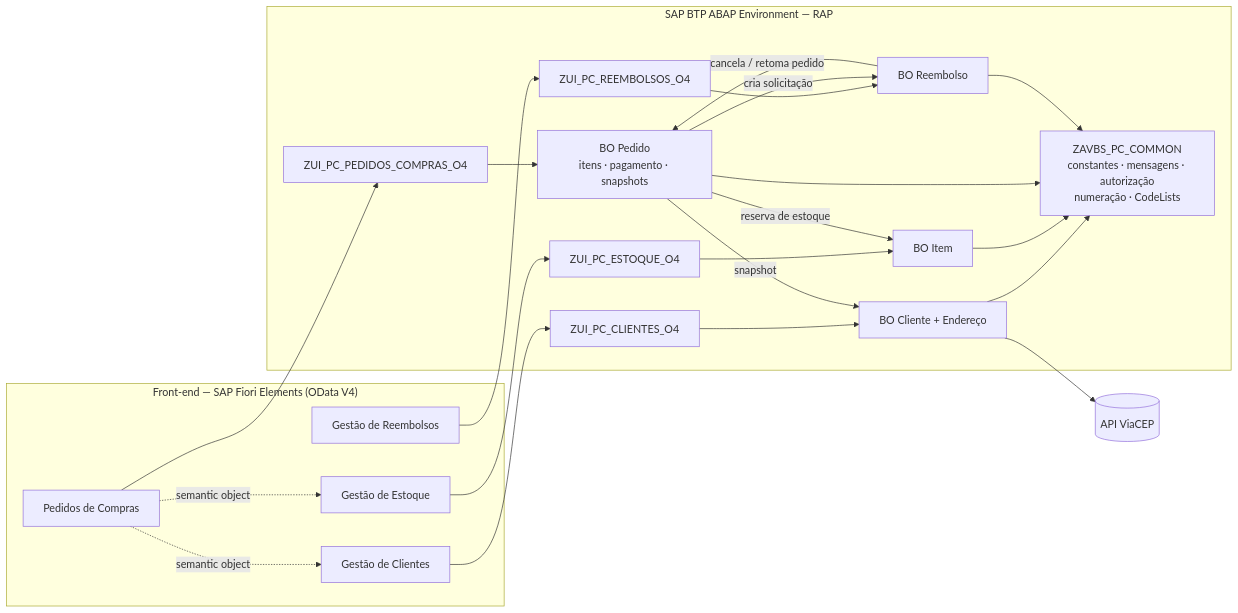
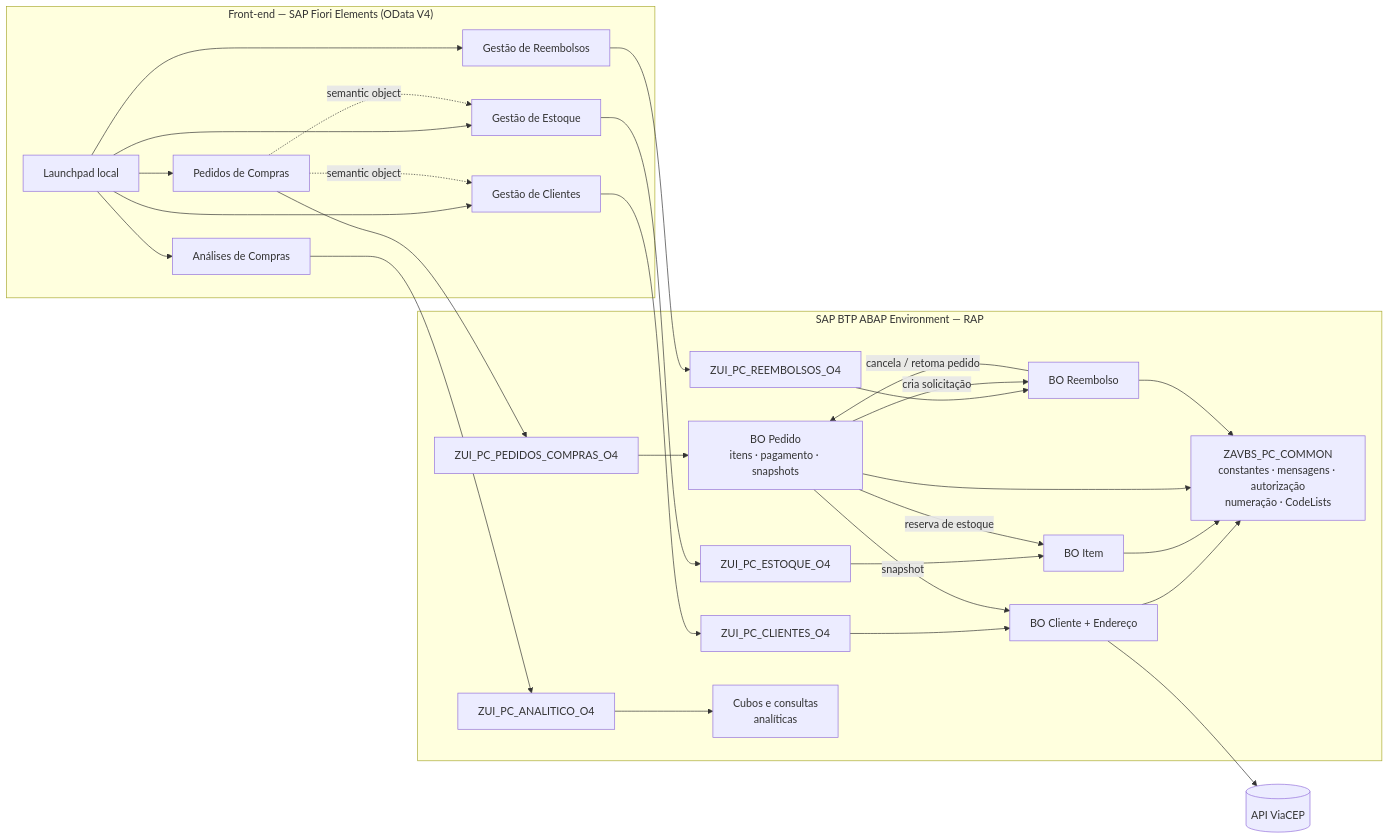
The first of 3 diagrams in README.md (AdrianoBispo/sap-abap-rap-pedidos-de-compras-app), drawn with Mermaid before and after one commit. The commit also changed other lines of this file and 9 other files, not shown here.

Commit message:
docs: capturas de tela das apps e documentação do launchpad local

````diff
--- a/README.md
+++ b/README.md
@@ -164,33 +169,38 @@
 ```mermaid
 flowchart LR
     subgraph UI["Front-end — SAP Fiori Elements (OData V4)"]
+        FLP["Launchpad local"]
         APPC["Gestão de Clientes"]
         APPE["Gestão de Estoque"]
         APPP["Pedidos de Compras"]
         APPR["Gestão de Reembolsos"]
+        APPA["Análises de Compras"]
     end
 
     subgraph BTP["SAP BTP ABAP Environment — RAP"]
         SC["ZUI_PC_CLIENTES_O4"] --> BOC["BO Cliente + Endereço"]
         SE["ZUI_PC_ESTOQUE_O4"] --> BOI["BO Item"]
         SP["ZUI_PC_PEDIDOS_COMPRAS_O4"] --> BOP["BO Pedido<br/>itens · pagamento · snapshots"]
         SR["ZUI_PC_REEMBOLSOS_O4"] --> BOR["BO Reembolso"]
+        SA["ZUI_PC_ANALITICO_O4"] --> CUB["Cubos e consultas<br/>analíticas"]
         COMMON["ZAVBS_PC_COMMON<br/>constantes · mensagens · autorização<br/>numeração · CodeLists"]
     end
 
+    FLP --> APPC & APPE & APPP & APPR & APPA
     APPC --> SC
     APPE --> SE
     APPP --> SP
     APPR --> SR
+    APPA --> SA
     APPP -. semantic object .-> APPC
     APPP -. semantic object .-> APPE
     BOP -- reserva de estoque --> BOI
     BOP -- snapshot --> BOC
     BOP -- cria solicitação --> BOR
     BOR -- cancela / retoma pedido --> BOP
     BOC --> COMMON
     BOI --> COMMON
     BOP --> COMMON
     BOR --> COMMON
     BOC --> VIACEP[("API ViaCEP")]
 ```
````
